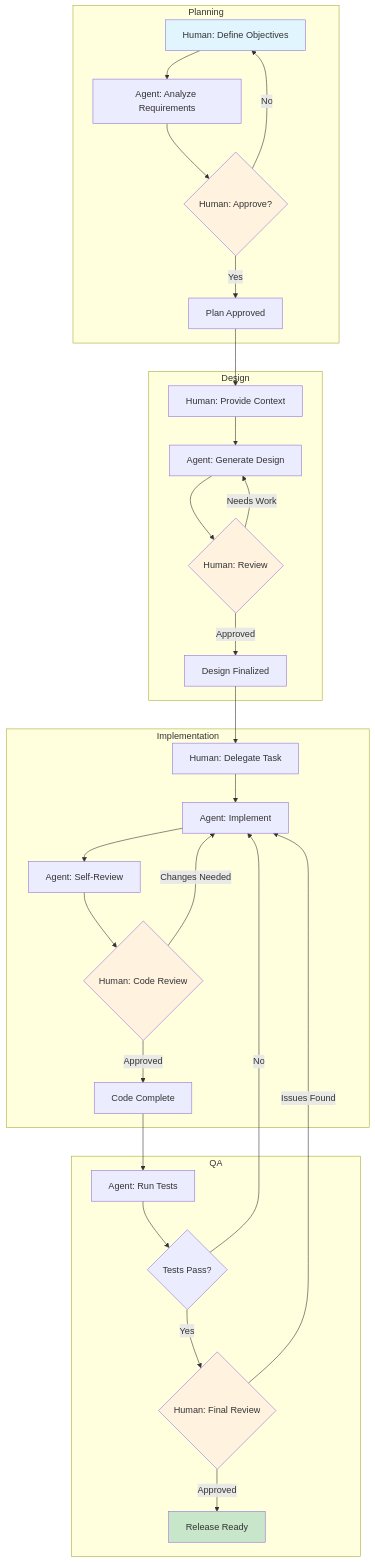
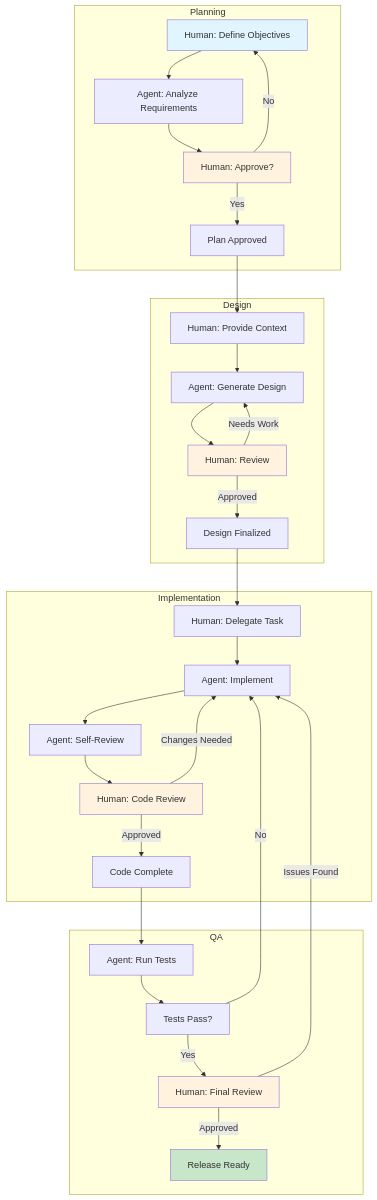
One commit to bychrisr/aios-docs changed the first of 3 diagrams in content/en/docs/guides/hybridOps/workflow-diagram.mdx. Above: the diagram before and after it, drawn with Mermaid. The commit also changed other lines of this file and 40 other files, not shown here.

````diff
--- a/content/en/docs/guides/hybridOps/workflow-diagram.mdx
+++ b/content/en/docs/guides/hybridOps/workflow-diagram.mdx
@@ -130,42 +130,42 @@
 ```mermaid
 graph TD
     subgraph Planning
         A[Human: Define Objectives] --> B[Agent: Analyze Requirements]
-        B --> C{Human: Approve?}
+        B --> C[Human: Approve?]
         C -->|No| A
         C -->|Yes| D[Plan Approved]
     end
 
     subgraph Design
         D --> E[Human: Provide Context]
         E --> F[Agent: Generate Design]
-        F --> G{Human: Review}
+        F --> G[Human: Review]
         G -->|Needs Work| F
         G -->|Approved| H[Design Finalized]
     end
 
     subgraph Implementation
         H --> I[Human: Delegate Task]
         I --> J[Agent: Implement]
         J --> K[Agent: Self-Review]
-        K --> L{Human: Code Review}
+        K --> L[Human: Code Review]
         L -->|Changes Needed| J
         L -->|Approved| M[Code Complete]
     end
 
     subgraph QA
         M --> N[Agent: Run Tests]
-        N --> O{Tests Pass?}
+        N --> O[Tests Pass?]
         O -->|No| J
-        O -->|Yes| P{Human: Final Review}
+        O -->|Yes| P[Human: Final Review]
         P -->|Issues Found| J
         P -->|Approved| Q[Release Ready]
     end
 
     style A fill:#e1f5fe
     style C fill:#fff3e0
     style G fill:#fff3e0
     style L fill:#fff3e0
     style P fill:#fff3e0
     style Q fill:#c8e6c9
 ```
````
